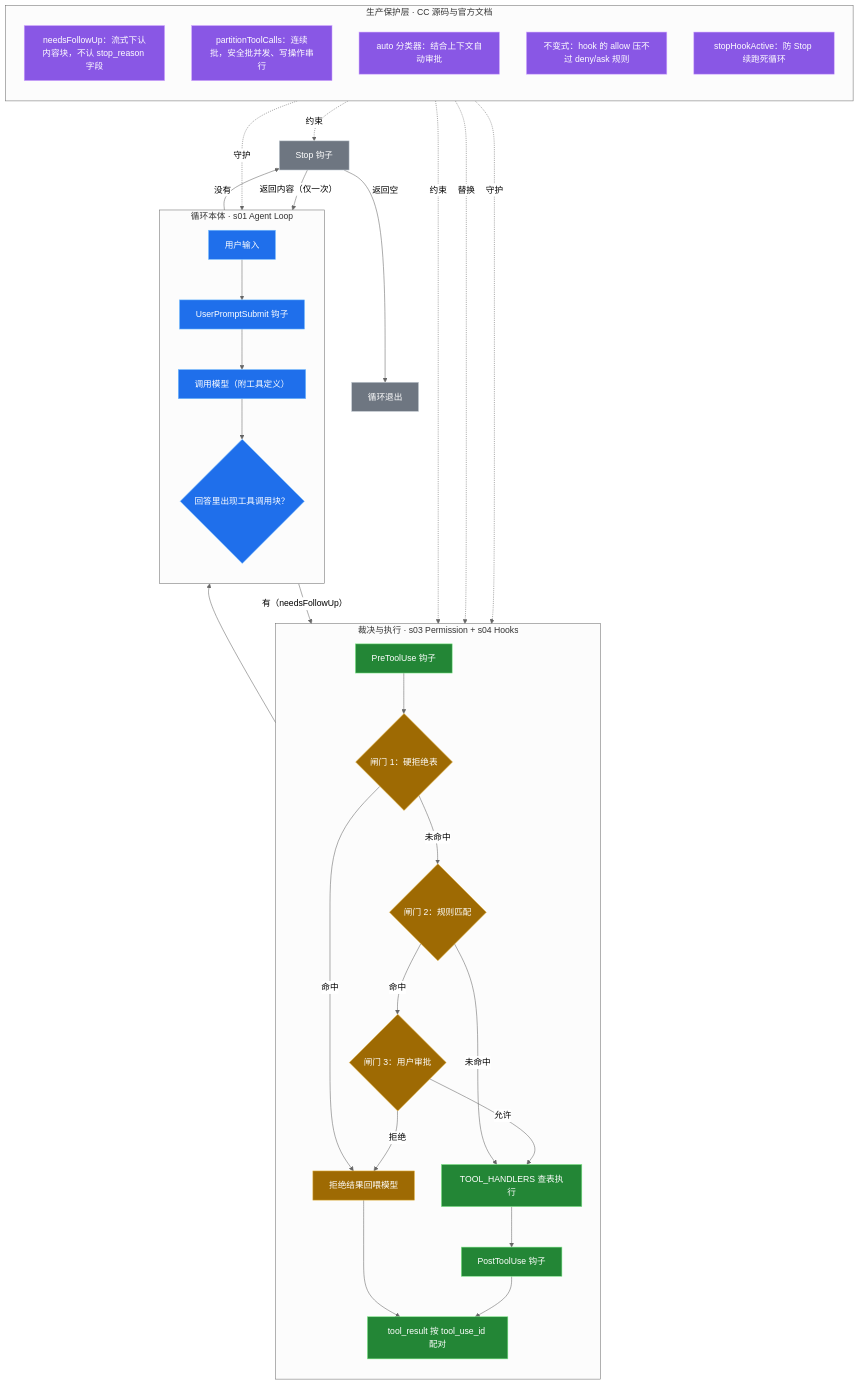
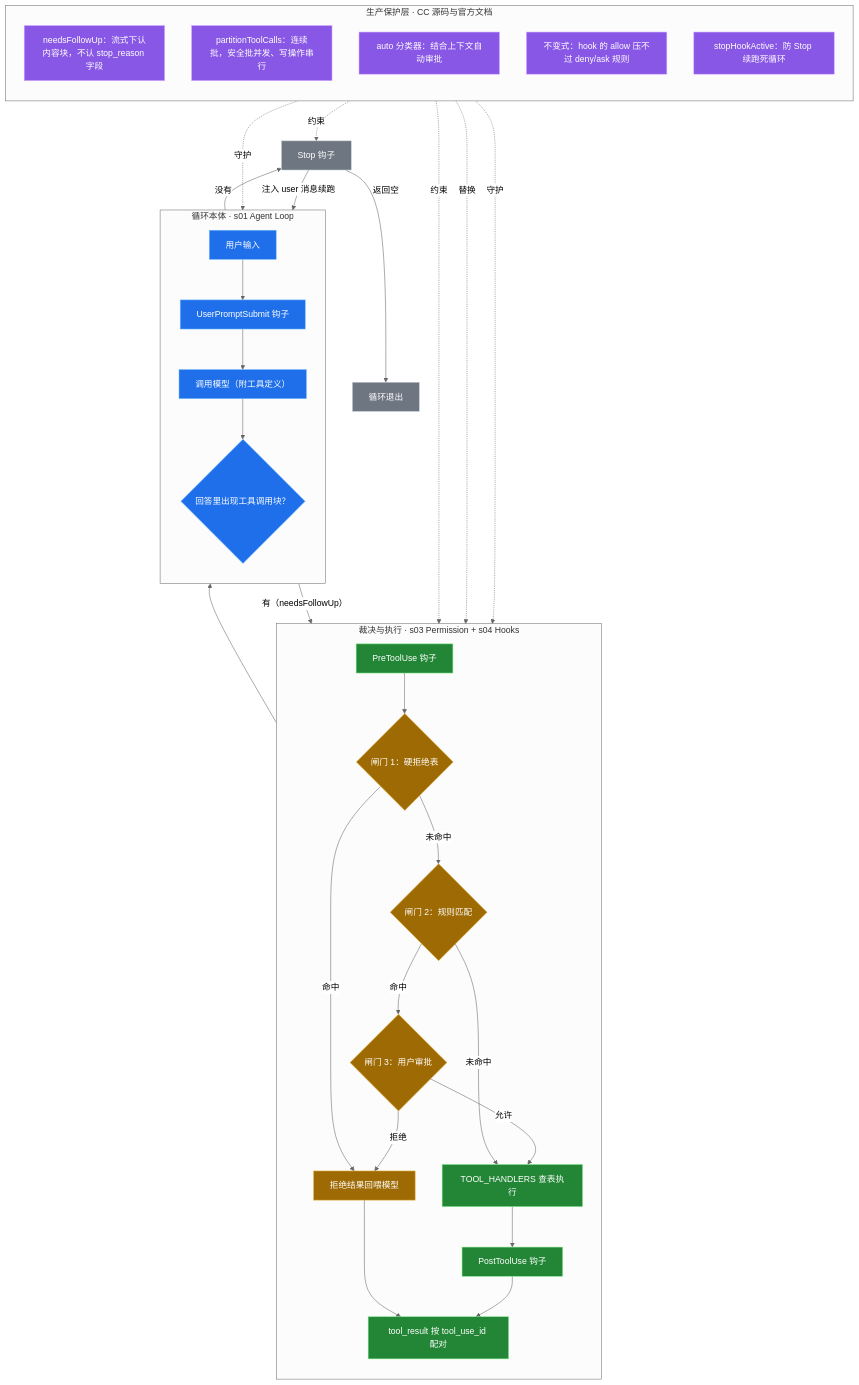
Before and after one commit to ThreeFish-AI/negentropy: the diagram in docs/assets/mermaid/agent-harness/lcc-tooling--panorama.mmd, drawn with Mermaid (neutral theme). The commit also changed 21 other files, not shown here.

First line of the commit message:
fix(archify): lcc 五图类型口径统一与三图重渲（type 头/边标签/装置计数/结论卡）;

```diff
--- a/docs/assets/mermaid/agent-harness/lcc-tooling--panorama.mmd
+++ b/docs/assets/mermaid/agent-harness/lcc-tooling--panorama.mmd
@@ -1,57 +1,57 @@
 %% source: docs/research/agent-harness/171-claude-code-tooling-execution.md（§2 全貌解剖）
 %% slug: lcc-tooling--panorama
-%% type: flowchart
+%% type: architecture
 %% derived: 首次绘制（2026-10-07，guided-learn 首次精读）
 flowchart TD
     subgraph LOOP["循环本体 · s01 Agent Loop"]
         direction TB
         P["用户输入"] --> UPS["UserPromptSubmit 钩子"]
         UPS --> LLM["调用模型（附工具定义）"]
         LLM --> CRIT{"回答里出现工具调用块？"}
     end
 
     subgraph SAFE["裁决与执行 · s03 Permission + s04 Hooks"]
         direction TB
         CRIT -- "有（needsFollowUp）" --> PRE["PreToolUse 钩子"]
         PRE --> G1{"闸门 1：硬拒绝表"}
         G1 -- "命中" --> DENY["拒绝结果回喂模型"]
         G1 -- "未命中" --> G2{"闸门 2：规则匹配"}
         G2 -- "未命中" --> RUN["TOOL_HANDLERS 查表执行"]
         G2 -- "命中" --> G3{"闸门 3：用户审批"}
         G3 -- "拒绝" --> DENY
         G3 -- "允许" --> RUN
         RUN --> POST["PostToolUse 钩子"]
         DENY --> TR
         POST --> TR["tool_result 按 tool_use_id 配对"]
     end
 
     TR --> LLM
     CRIT -- "没有" --> STOP["Stop 钩子"]
-    STOP -- "返回内容（仅一次）" --> LLM
+    STOP -- "注入 user 消息续跑" --> LLM
     STOP -- "返回空" --> DONE["循环退出"]
 
     subgraph PROD["生产保护层 · CC 源码与官方文档"]
         direction TB
         NF["needsFollowUp：流式下认内容块，不认 stop_reason 字段"]
         PT["partitionToolCalls：连续批，安全批并发、写操作串行"]
         CLS["auto 分类器：结合上下文自动审批"]
         INV["不变式：hook 的 allow 压不过 deny/ask 规则"]
         SHA["stopHookActive：防 Stop 续跑死循环"]
     end
 
     NF -.守护.-> CRIT
     PT -.守护.-> RUN
     CLS -.替换.-> G3
     INV -.约束.-> PRE
     SHA -.约束.-> STOP
 
     classDef loopnode fill:#1f6feb,stroke:#79c0ff,color:#ffffff
     classDef safenode fill:#238636,stroke:#7ee787,color:#ffffff
     classDef gatenode fill:#9e6a03,stroke:#e3b341,color:#ffffff
     classDef prodnode fill:#8957e5,stroke:#d2a8ff,color:#ffffff
     classDef endnode fill:#6e7681,stroke:#c9d1d9,color:#ffffff
     class P,UPS,LLM,CRIT loopnode
     class PRE,POST,TR,RUN safenode
     class G1,G2,G3,DENY gatenode
     class STOP,DONE endnode
     class NF,PT,CLS,INV,SHA prodnode
```
